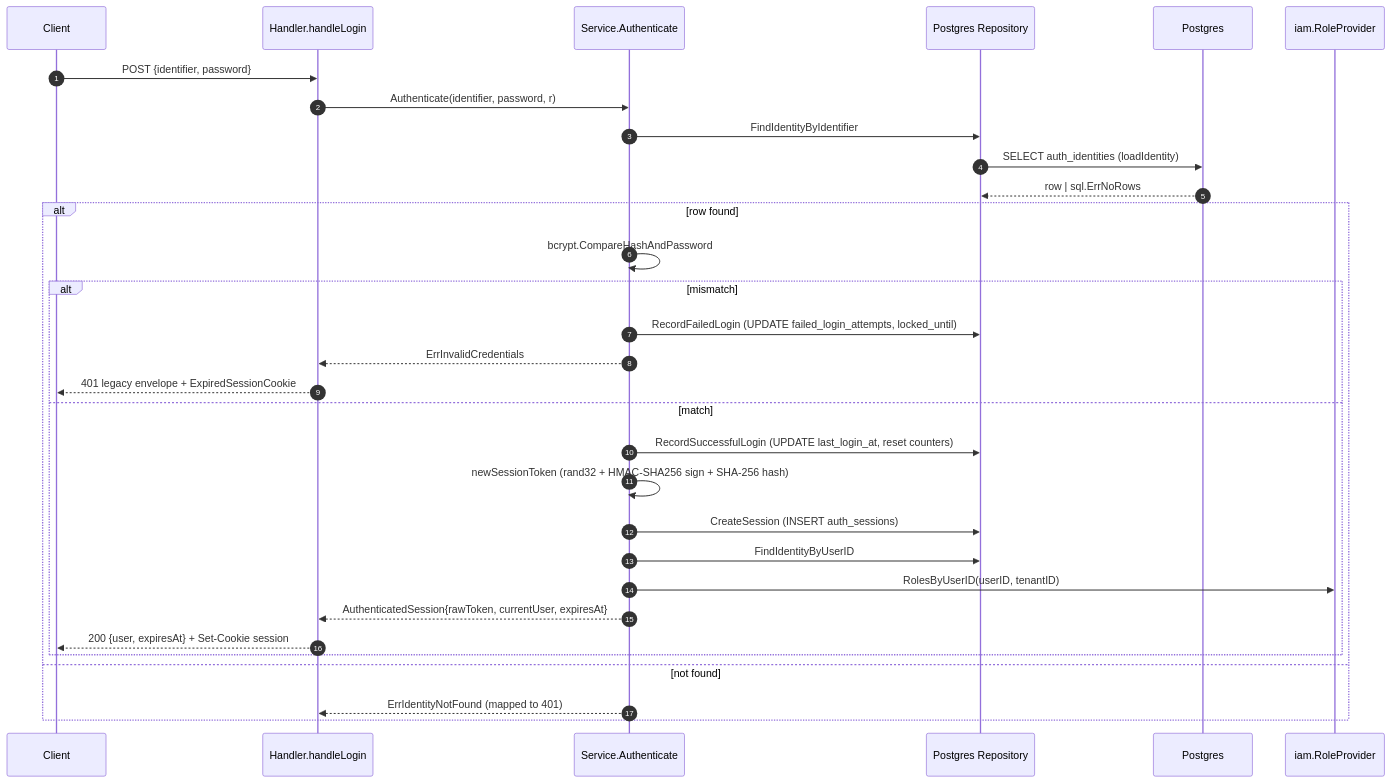
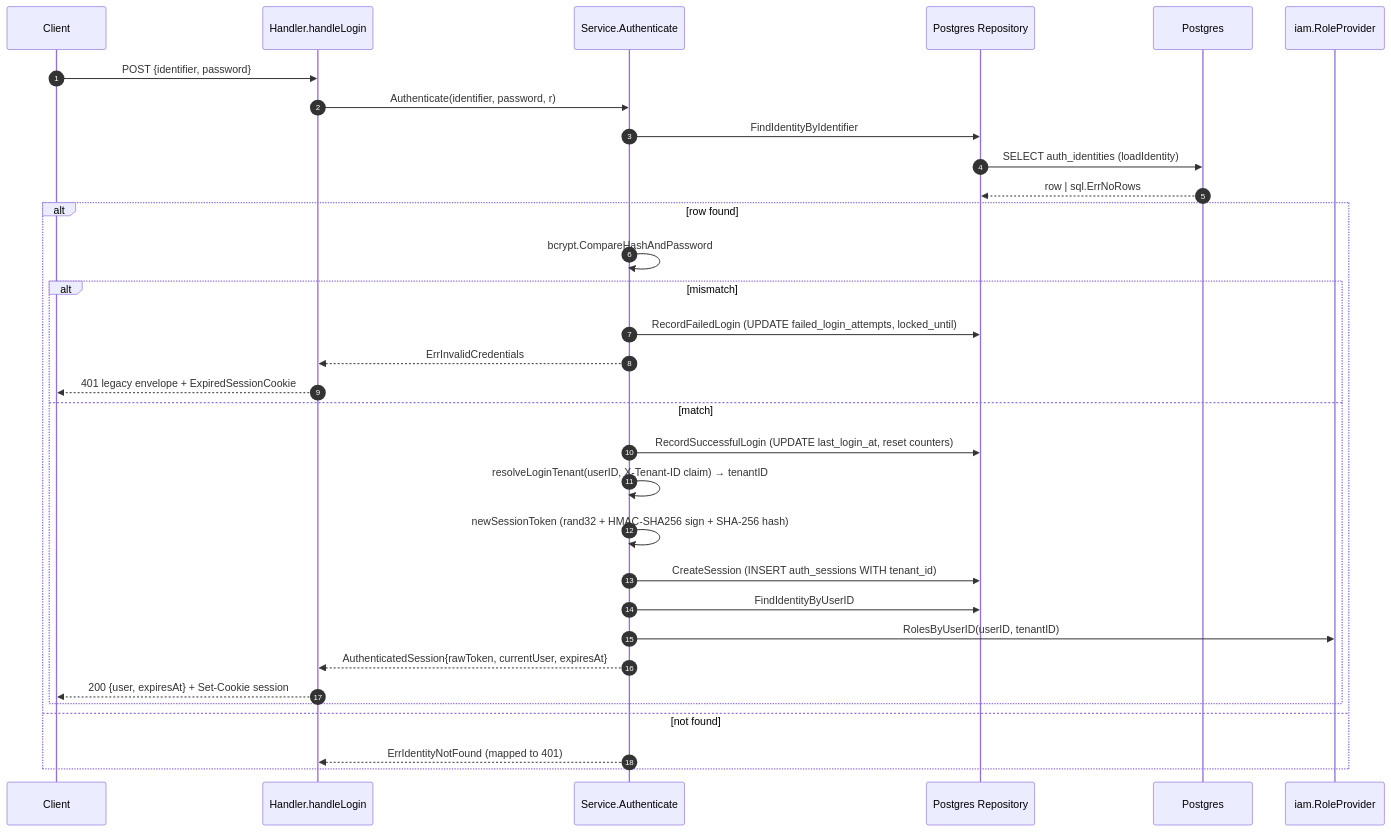
Before and after one commit to developmentconexus-ops/MetalDocs: the third of 5 diagrams in wiki/modules/auth.md, drawn with Mermaid. The commit also changed other lines of this file and 14 other files, not shown here.

````diff
--- a/wiki/modules/auth.md
+++ b/wiki/modules/auth.md
@@ -189,33 +199,34 @@
 ```mermaid
 sequenceDiagram
     autonumber
     participant C as Client
     participant H as Handler.handleLogin
     participant S as Service.Authenticate
     participant R as Postgres Repository
     participant DB as Postgres
     participant IAM as iam.RoleProvider
     C->>H: POST {identifier, password}
     H->>S: Authenticate(identifier, password, r)
     S->>R: FindIdentityByIdentifier
     R->>DB: SELECT auth_identities (loadIdentity)
     DB-->>R: row | sql.ErrNoRows
     alt row found
         S->>S: bcrypt.CompareHashAndPassword
         alt mismatch
             S->>R: RecordFailedLogin (UPDATE failed_login_attempts, locked_until)
             S-->>H: ErrInvalidCredentials
             H-->>C: 401 legacy envelope + ExpiredSessionCookie
         else match
             S->>R: RecordSuccessfulLogin (UPDATE last_login_at, reset counters)
+            S->>S: resolveLoginTenant(userID, X-Tenant-ID claim) → tenantID
             S->>S: newSessionToken (rand32 + HMAC-SHA256 sign + SHA-256 hash)
-            S->>R: CreateSession (INSERT auth_sessions)
+            S->>R: CreateSession (INSERT auth_sessions WITH tenant_id)
             S->>R: FindIdentityByUserID
             S->>IAM: RolesByUserID(userID, tenantID)
             S-->>H: AuthenticatedSession{rawToken, currentUser, expiresAt}
             H-->>C: 200 {user, expiresAt} + Set-Cookie session
         end
     else not found
         S-->>H: ErrIdentityNotFound (mapped to 401)
     end
 ```
````
